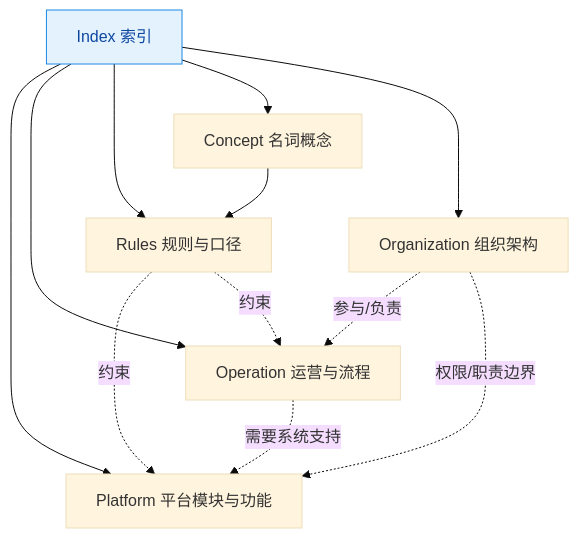
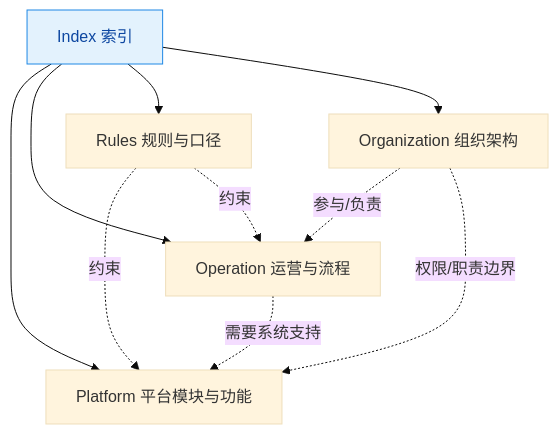
The diagram in 00_总览/知识库总入口.md (marcelxu0272/wood-pm-knowledge-base), drawn with Mermaid (base theme) before and after one commit. The commit also changed 2 other files, not shown here.

Commit message:
docs: 成本中心考核新增521会议讨论要点  - 新增第十章：6个子话题（专业室vs个人核算、业务建设成本边界、新大学生负资产、HR看板不打折、考核分工、工时填报规则） - 新增平台待办清单（P0-P2优先级） - 更新文档来源说明和日期

````diff
--- a/00_总览/知识库总入口.md
+++ b/00_总览/知识库总入口.md
@@ -34,25 +34,23 @@
 ```mermaid
 graph TD
 	Index["Index 索引"]
 	Platform["Platform 平台模块与功能"]
 	Operation["Operation 运营与流程"]	
 	Rules["Rules 规则与口径"]
-	Concept["Concept 名词概念"]
+
 	Org["Organization 组织架构"]
 
 	Index --> Platform
 	Index --> Operation
 	Index --> Rules
-	Index --> Concept
 	Index --> Org
 
-	Concept --> Rules
 	Rules -.约束.-> Platform
 	Rules -.约束.-> Operation
 	Org -.参与/负责.-> Operation
 	Org -.权限/职责边界.-> Platform
 	Operation -.需要系统支持.-> Platform
 
 	classDef hub fill:#E3F2FD,stroke:#1E88E5,color:#0D47A1;
 	class Index hub;
 ```
````
